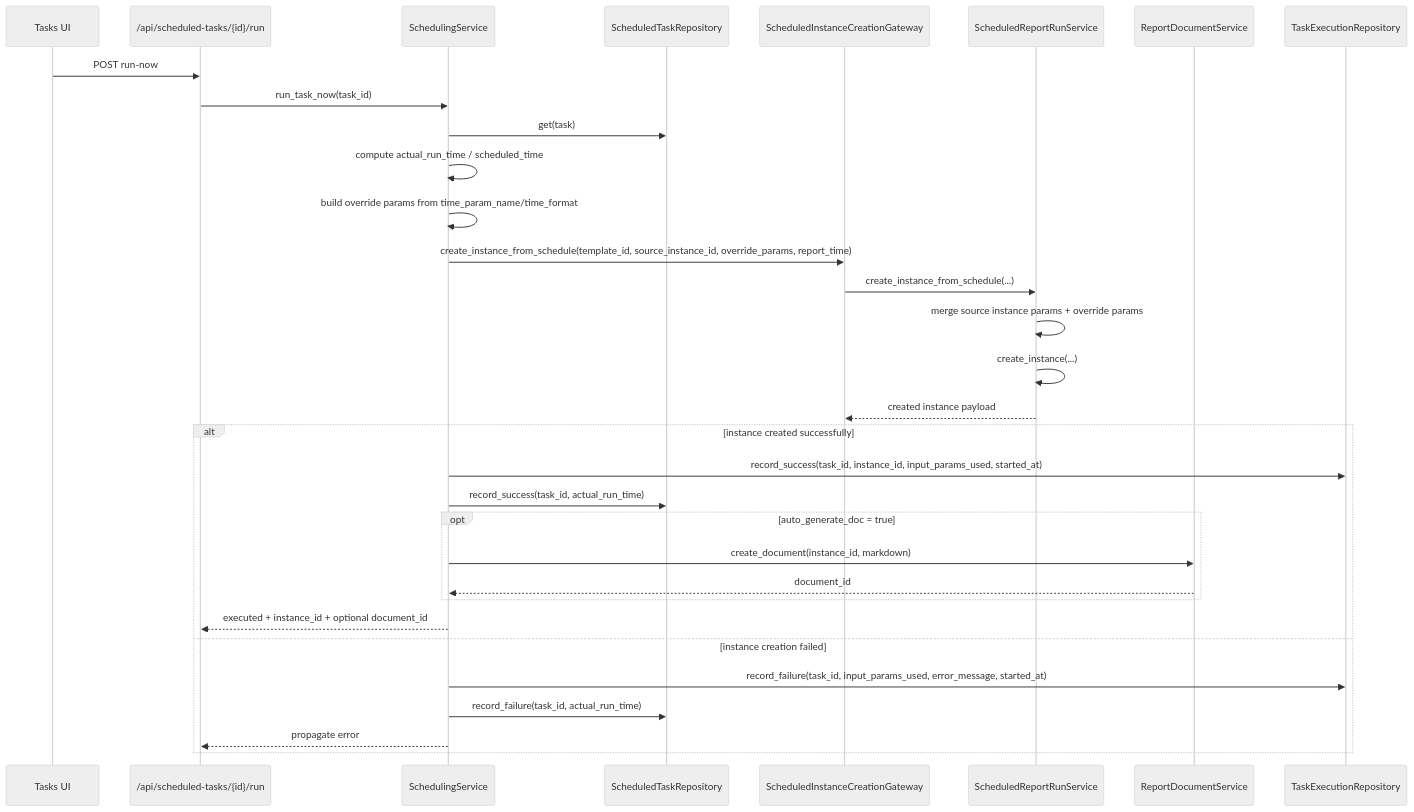
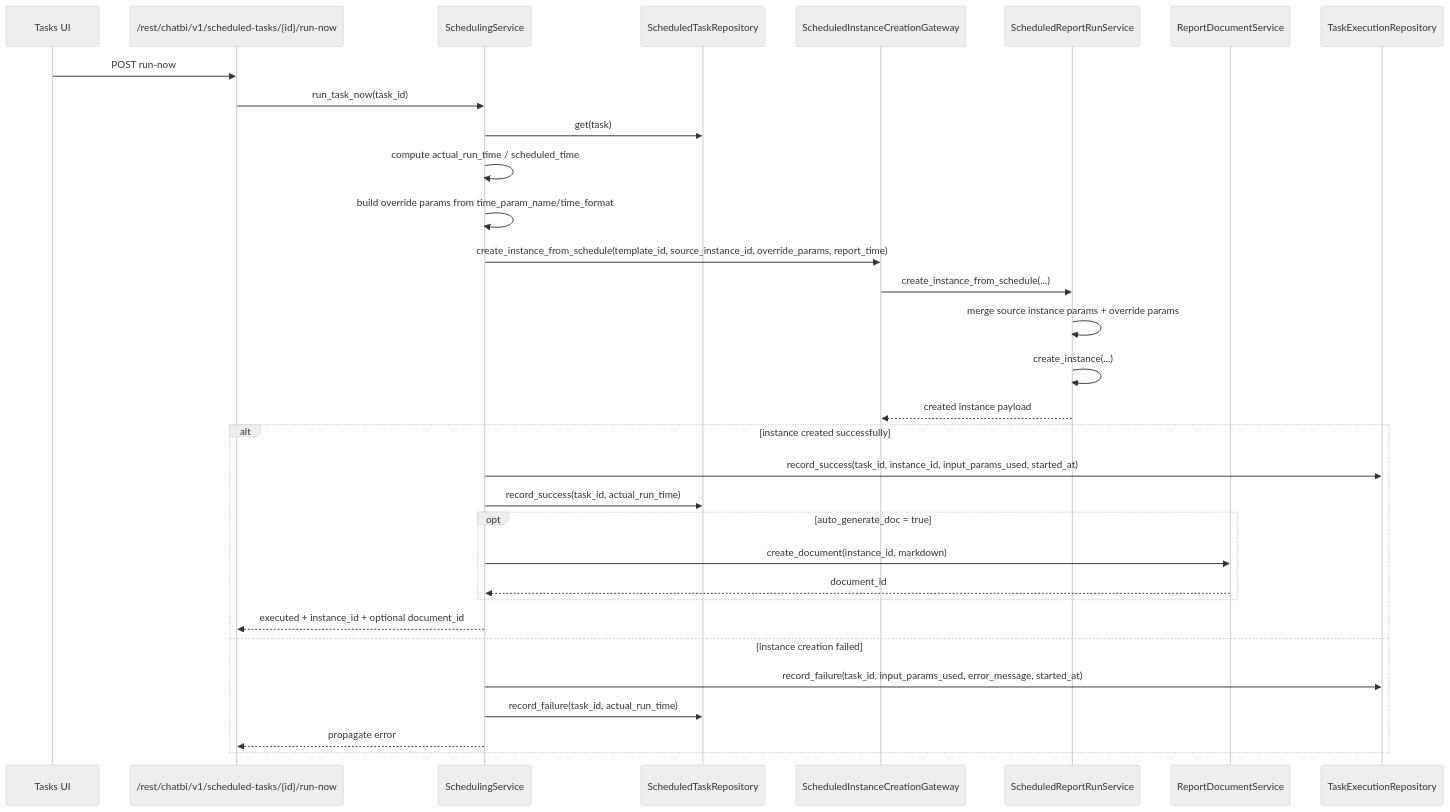
One commit to shel447/ReportSystem changed the second of 3 diagrams in design/implementation/runtime_sequences.md. Above: the diagram before and after it, drawn with Mermaid (neutral theme). The commit also changed other lines of this file and 25 other files, not shown here.

Commit message:
feat: move api routes to rest prefixes

````diff
--- a/design/implementation/runtime_sequences.md
+++ b/design/implementation/runtime_sequences.md
@@ -68,35 +68,35 @@
 ```mermaid
 sequenceDiagram
     participant UI as Tasks UI
-    participant API as /api/scheduled-tasks/{id}/run
+    participant API as /rest/chatbi/v1/scheduled-tasks/{id}/run-now
     participant App as SchedulingService
     participant TaskRepo as ScheduledTaskRepository
     participant Runtime as ScheduledInstanceCreationGateway
     participant ReportApp as ScheduledReportRunService
     participant Doc as ReportDocumentService
     participant ExecRepo as TaskExecutionRepository
 
     UI->>API: POST run-now
     API->>App: run_task_now(task_id)
     App->>TaskRepo: get(task)
     App->>App: compute actual_run_time / scheduled_time
     App->>App: build override params from time_param_name/time_format
     App->>Runtime: create_instance_from_schedule(template_id, source_instance_id, override_params, report_time)
     Runtime->>ReportApp: create_instance_from_schedule(...)
     ReportApp->>ReportApp: merge source instance params + override params
     ReportApp->>ReportApp: create_instance(...)
     ReportApp-->>Runtime: created instance payload
     alt instance created successfully
         App->>ExecRepo: record_success(task_id, instance_id, input_params_used, started_at)
         App->>TaskRepo: record_success(task_id, actual_run_time)
         opt auto_generate_doc = true
             App->>Doc: create_document(instance_id, markdown)
             Doc-->>App: document_id
         end
         App-->>API: executed + instance_id + optional document_id
     else instance creation failed
         App->>ExecRepo: record_failure(task_id, input_params_used, error_message, started_at)
         App->>TaskRepo: record_failure(task_id, actual_run_time)
         App-->>API: propagate error
     end
 ```
````
